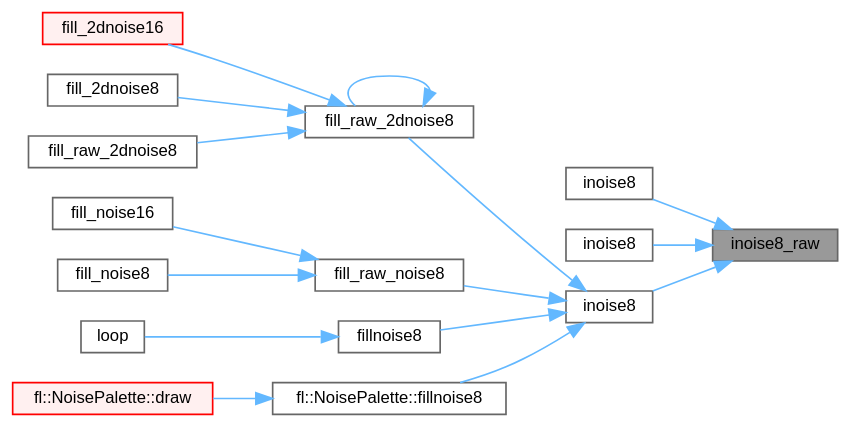
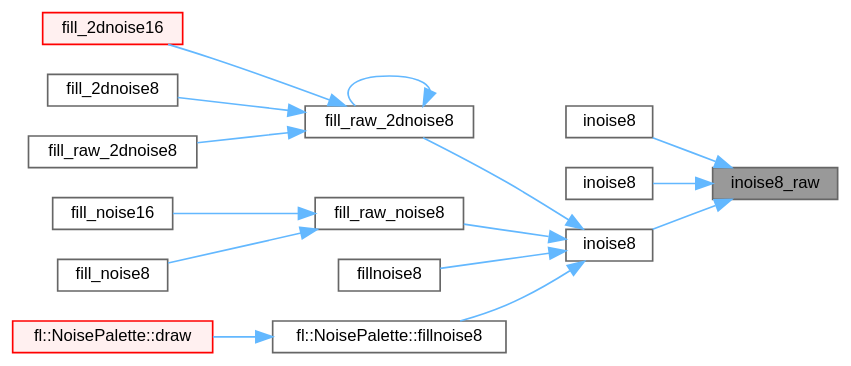
Before and after one commit to manmuqingshan/FastLED: the diagram in docs/d8/df9/group___noise_generation_ga6c57ed3ea69e819c29602578ecbabd71_icgraph.dot, drawn with Graphviz. The commit also changed 1439 other files, not shown here.

```diff
--- a/docs/d8/df9/group___noise_generation_ga6c57ed3ea69e819c29602578ecbabd71_icgraph.dot
+++ b/docs/d8/df9/group___noise_generation_ga6c57ed3ea69e819c29602578ecbabd71_icgraph.dot
@@ -1,38 +1,36 @@
 digraph "inoise8_raw"
 {
  // LATEX_PDF_SIZE
   bgcolor="transparent";
   edge [fontname=Helvetica,fontsize=10,labelfontname=Helvetica,labelfontsize=10];
   node [fontname=Helvetica,fontsize=10,shape=box,height=0.2,width=0.4];
   rankdir="RL";
   Node1 [id="Node000001",label="inoise8_raw",height=0.2,width=0.4,color="gray40", fillcolor="grey60", style="filled", fontcolor="black",tooltip="8-bit, fixed point implementation of Perlin's noise without scaling."];
   Node1 -> Node2 [id="edge1_Node000001_Node000002",dir="back",color="steelblue1",style="solid",tooltip=" "];
   Node2 [id="Node000002",label="inoise8",height=0.2,width=0.4,color="grey40", fillcolor="white", style="filled",URL="$d8/df9/group___noise_generation.html#gab9d952a5258caa93c05ebdde0140cf0e",tooltip="8-Bit, fixed point implementation of Perlin's noise."];
   Node1 -> Node3 [id="edge2_Node000001_Node000003",dir="back",color="steelblue1",style="solid",tooltip=" "];
   Node3 [id="Node000003",label="inoise8",height=0.2,width=0.4,color="grey40", fillcolor="white", style="filled",URL="$d8/df9/group___noise_generation.html#ga9641aa87f0a5557f73004fb73f81bba5",tooltip="8-Bit, fixed point implementation of Perlin's noise."];
   Node1 -> Node4 [id="edge3_Node000001_Node000004",dir="back",color="steelblue1",style="solid",tooltip=" "];
   Node4 [id="Node000004",label="inoise8",height=0.2,width=0.4,color="grey40", fillcolor="white", style="filled",URL="$d8/df9/group___noise_generation.html#gaa521ccca6038d7b5e881fe2e8f35d3bc",tooltip="8-Bit, fixed point implementation of Perlin's noise."];
   Node4 -> Node5 [id="edge4_Node000004_Node000005",dir="back",color="steelblue1",style="solid",tooltip=" "];
   Node5 [id="Node000005",label="fill_raw_2dnoise8",height=0.2,width=0.4,color="grey40", fillcolor="white", style="filled",URL="$de/da4/group___noise_fill.html#ga3dc6c55a3f8495a7bc6dc0124434c688",tooltip="Fill a 2D 8-bit buffer with noise, using inoise8()"];
   Node5 -> Node6 [id="edge5_Node000005_Node000006",dir="back",color="steelblue1",style="solid",tooltip=" "];
   Node6 [id="Node000006",label="fill_2dnoise16",height=0.2,width=0.4,color="red", fillcolor="#FFF0F0", style="filled",URL="$de/da4/group___noise_fill.html#ga714a0f305e385a60d81a40d1f98b53fc",tooltip="Fill an LED matrix with random colors, using 16-bit noise."];
   Node5 -> Node8 [id="edge6_Node000005_Node000008",dir="back",color="steelblue1",style="solid",tooltip=" "];
   Node8 [id="Node000008",label="fill_2dnoise8",height=0.2,width=0.4,color="grey40", fillcolor="white", style="filled",URL="$de/da4/group___noise_fill.html#ga6fcc17e60eac4b9dbb620f7e354177f1",tooltip="Fill an LED matrix with random colors, using 8-bit noise."];
   Node5 -> Node5 [id="edge7_Node000005_Node000005",dir="back",color="steelblue1",style="solid",tooltip=" "];
   Node5 -> Node9 [id="edge8_Node000005_Node000009",dir="back",color="steelblue1",style="solid",tooltip=" "];
   Node9 [id="Node000009",label="fill_raw_2dnoise8",height=0.2,width=0.4,color="grey40", fillcolor="white", style="filled",URL="$de/da4/group___noise_fill.html#gaaa7d79bb9fdaf2c6b315c61c2c951142",tooltip=" "];
   Node4 -> Node10 [id="edge9_Node000004_Node000010",dir="back",color="steelblue1",style="solid",tooltip=" "];
   Node10 [id="Node000010",label="fill_raw_noise8",height=0.2,width=0.4,color="grey40", fillcolor="white", style="filled",URL="$de/da4/group___noise_fill.html#ga1e4dba9289b03333697e70d4b7f3b006",tooltip="Fill a 1D 8-bit buffer with noise, using inoise8()"];
   Node10 -> Node11 [id="edge10_Node000010_Node000011",dir="back",color="steelblue1",style="solid",tooltip=" "];
   Node11 [id="Node000011",label="fill_noise16",height=0.2,width=0.4,color="grey40", fillcolor="white", style="filled",URL="$de/da4/group___noise_fill.html#ga8bf5ab0f87a6bb79204754ef2a62f960",tooltip="Fill an LED array with random colors, using 16-bit noise."];
   Node10 -> Node12 [id="edge11_Node000010_Node000012",dir="back",color="steelblue1",style="solid",tooltip=" "];
   Node12 [id="Node000012",label="fill_noise8",height=0.2,width=0.4,color="grey40", fillcolor="white", style="filled",URL="$de/da4/group___noise_fill.html#ga7967fd7b1a7230a0f7428347c70dac3e",tooltip="Fill an LED array with random colors, using 8-bit noise."];
   Node4 -> Node13 [id="edge12_Node000004_Node000013",dir="back",color="steelblue1",style="solid",tooltip=" "];
-  Node13 [id="Node000013",label="fillnoise8",height=0.2,width=0.4,color="grey40", fillcolor="white", style="filled",URL="$d6/d9d/_noise_8ino.html#a695b396822bbfb2d9b29c121cf13e8f3",tooltip=" "];
-  Node13 -> Node14 [id="edge13_Node000013_Node000014",dir="back",color="steelblue1",style="solid",tooltip=" "];
-  Node14 [id="Node000014",label="loop",height=0.2,width=0.4,color="grey40", fillcolor="white", style="filled",URL="$d6/d9d/_noise_8ino.html#afe461d27b9c48d5921c00d521181f12f",tooltip=" "];
-  Node4 -> Node15 [id="edge14_Node000004_Node000015",dir="back",color="steelblue1",style="solid",tooltip=" "];
-  Node15 [id="Node000015",label="fl::NoisePalette::fillnoise8",height=0.2,width=0.4,color="grey40", fillcolor="white", style="filled",URL="$d9/d41/classfl_1_1_noise_palette.html#a22d1820b5a78e9ccfb4123ef9161f738",tooltip=" "];
-  Node15 -> Node16 [id="edge15_Node000015_Node000016",dir="back",color="steelblue1",style="solid",tooltip=" "];
-  Node16 [id="Node000016",label="fl::NoisePalette::draw",height=0.2,width=0.4,color="red", fillcolor="#FFF0F0", style="filled",URL="$d9/d41/classfl_1_1_noise_palette.html#afc6cd594830dfdd146c45e7ab1d1905d",tooltip=" "];
+  Node13 [id="Node000013",label="fillnoise8",height=0.2,width=0.4,color="grey40", fillcolor="white", style="filled",URL="$da/dda/_noise_plus_palette_8ino.html#a695b396822bbfb2d9b29c121cf13e8f3",tooltip=" "];
+  Node4 -> Node14 [id="edge13_Node000004_Node000014",dir="back",color="steelblue1",style="solid",tooltip=" "];
+  Node14 [id="Node000014",label="fl::NoisePalette::fillnoise8",height=0.2,width=0.4,color="grey40", fillcolor="white", style="filled",URL="$d9/d41/classfl_1_1_noise_palette.html#a22d1820b5a78e9ccfb4123ef9161f738",tooltip=" "];
+  Node14 -> Node15 [id="edge14_Node000014_Node000015",dir="back",color="steelblue1",style="solid",tooltip=" "];
+  Node15 [id="Node000015",label="fl::NoisePalette::draw",height=0.2,width=0.4,color="red", fillcolor="#FFF0F0", style="filled",URL="$d9/d41/classfl_1_1_noise_palette.html#afc6cd594830dfdd146c45e7ab1d1905d",tooltip=" "];
 }
```
